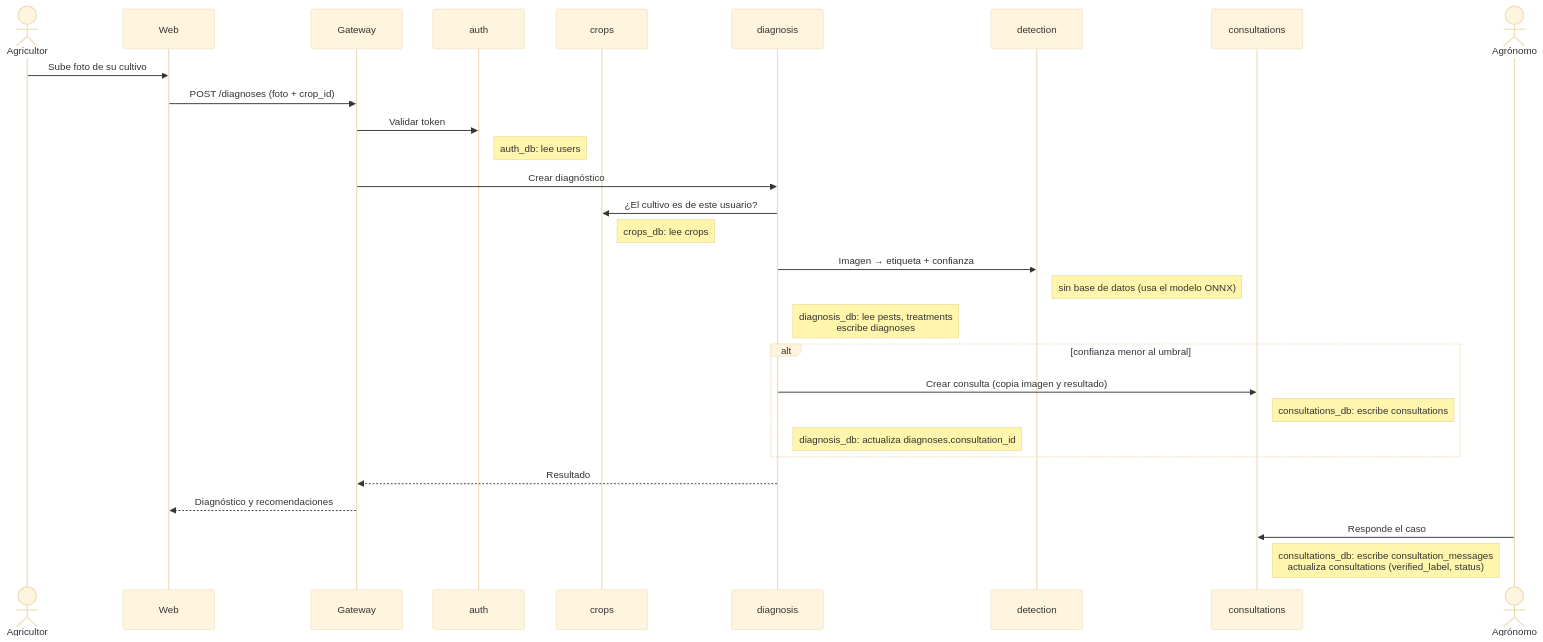
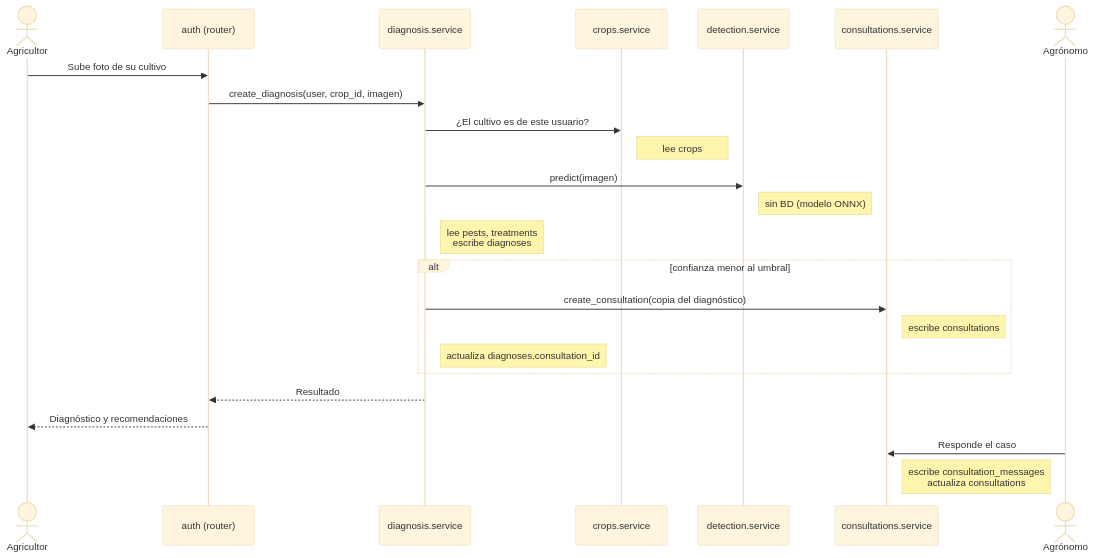
One commit to maferodri/AgroDoc changed the seventh of 7 diagrams in docs/base-de-datos.md. Above: the diagram before and after it, drawn with Mermaid (base theme). The commit also changed other lines of this file and 123 other files, not shown here.

````diff
--- a/docs/base-de-datos.md
+++ b/docs/base-de-datos.md
@@ -261,32 +271,27 @@
 ```mermaid
 sequenceDiagram
     actor U as Agricultor
-    participant W as Web
-    participant G as Gateway
-    participant A as auth
-    participant C as crops
-    participant D as diagnosis
-    participant M as detection
-    participant K as consultations
+    participant R as auth (router)
+    participant D as diagnosis.service
+    participant C as crops.service
+    participant M as detection.service
+    participant K as consultations.service
     actor AG as Agrónomo
 
-    U->>W: Sube foto de su cultivo
-    W->>G: POST /diagnoses (foto + crop_id)
-    G->>A: Validar token
-    Note right of A: auth_db: lee users
-    G->>D: Crear diagnóstico
+    U->>R: Sube foto de su cultivo
+    R->>D: create_diagnosis(user, crop_id, imagen)
     D->>C: ¿El cultivo es de este usuario?
-    Note right of C: crops_db: lee crops
-    D->>M: Imagen → etiqueta + confianza
-    Note right of M: sin base de datos (usa el modelo ONNX)
-    Note right of D: diagnosis_db: lee pests, treatments<br/>escribe diagnoses
+    Note right of C: lee crops
+    D->>M: predict(imagen)
+    Note right of M: sin BD (modelo ONNX)
+    Note right of D: lee pests, treatments<br/>escribe diagnoses
     alt confianza menor al umbral
-        D->>K: Crear consulta (copia imagen y resultado)
-        Note right of K: consultations_db: escribe consultations
-        Note right of D: diagnosis_db: actualiza diagnoses.consultation_id
+        D->>K: create_consultation(copia del diagnóstico)
+        Note right of K: escribe consultations
+        Note right of D: actualiza diagnoses.consultation_id
     end
-    D-->>G: Resultado
-    G-->>W: Diagnóstico y recomendaciones
+    D-->>R: Resultado
+    R-->>U: Diagnóstico y recomendaciones
     AG->>K: Responde el caso
-    Note right of K: consultations_db: escribe consultation_messages<br/>actualiza consultations (verified_label, status)
+    Note right of K: escribe consultation_messages<br/>actualiza consultations
 ```
````
